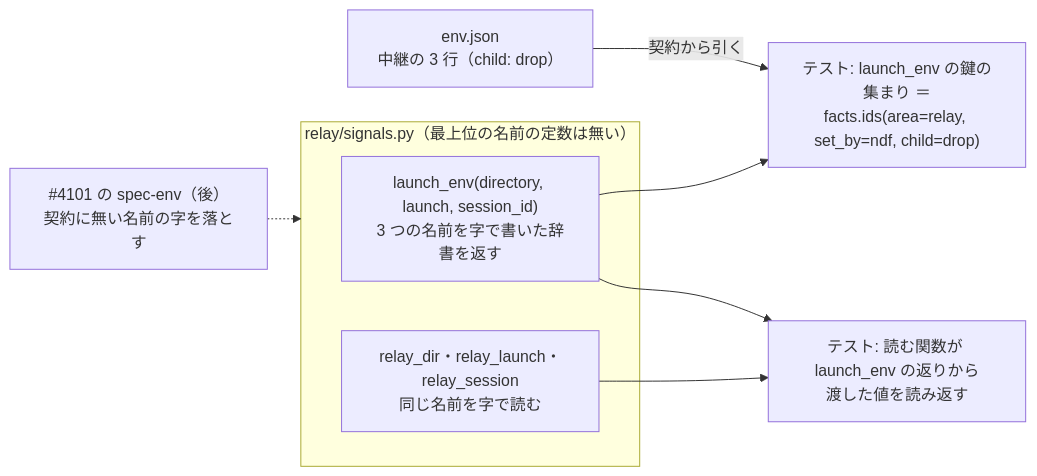
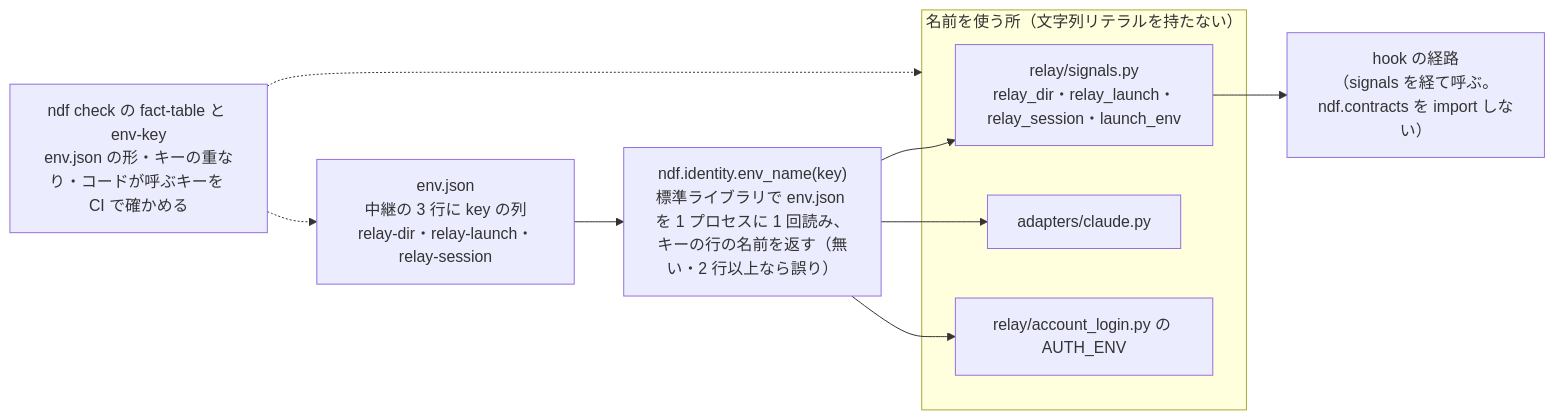
Before and after one commit to devbasex/ai-plugins: the second of 2 diagrams in issues/issue-4126-design.md, drawn with Mermaid. The commit also changed other lines of this file and 2 other files, not shown here.

````diff
--- a/issues/issue-4126-design.md
+++ b/issues/issue-4126-design.md
@@ -50,15 +52,14 @@
 ```mermaid
 flowchart LR
-  C["env.json<br>中継の 3 行（child: drop）"]
-  subgraph S["relay/signals.py（最上位の名前の定数は無い）"]
-    W["launch_env(directory, launch, session_id)<br>3 つの名前を字で書いた辞書を返す"]
-    RD["relay_dir・relay_launch・relay_session<br>同じ名前を字で読む"]
+  C["env.json<br>中継の 3 行に key の列<br>relay-dir・relay-launch・relay-session"]
+  I["ndf.identity.env_name(key)<br>標準ライブラリで env.json を 1 プロセスに 1 回読み、<br>キーの行の名前を返す（無い・2 行以上なら誤り）"]
+  subgraph U["名前を使う所（文字列リテラルを持たない）"]
+    S["relay/signals.py<br>relay_dir・relay_launch・relay_session・launch_env"]
+    A["adapters/claude.py"]
+    L["relay/account_login.py の AUTH_ENV"]
   end
-  T1["テスト: launch_env の鍵の集まり ＝<br>facts.ids(area=relay, set_by=ndf, child=drop)"]
-  T2["テスト: 読む関数が launch_env の返りから<br>渡した値を読み返す"]
-  C -- "契約から引く" --> T1
-  W --> T1
-  W --> T2
-  RD --> T2
-  E["#4101 の spec-env（後）<br>契約に無い名前の字を落とす"] -.-> S
+  H["hook の経路<br>（signals を経て呼ぶ。ndf.contracts を import しない）"]
+  C --> I --> S & A & L
+  S --> H
+  CK["ndf check の fact-table と env-key<br>env.json の形・キーの重なり・コードが呼ぶキーを CI で確かめる"] -.-> C & U
 ```
````
